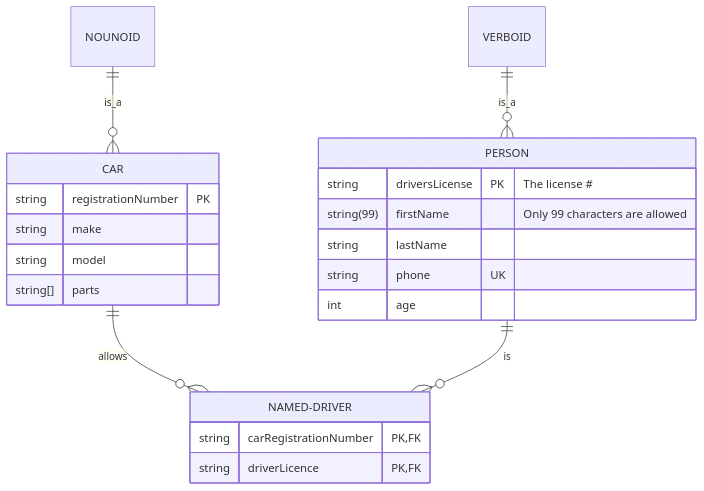
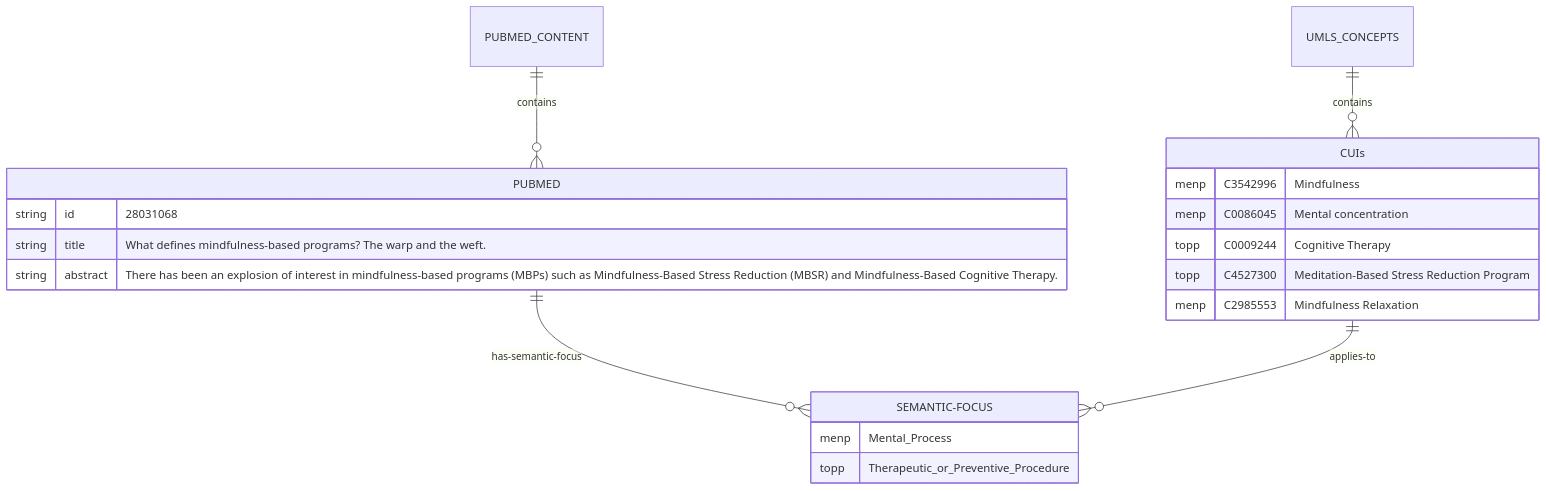
Before and after one commit to antfriend/factual.semantics: the second of 2 diagrams in README.md, drawn with Mermaid. The commit also changed other lines of this file, not shown here.

````diff
--- a/README.md
+++ b/README.md
@@ -15,25 +14,25 @@
 ```mermaid
 erDiagram
-    NOUNOID only one to zero or more CAR : is_a
-    VERBOID only one to zero or more PERSON : is_a
-    CAR ||--o{ NAMED-DRIVER : allows
-    CAR {
-        string registrationNumber PK
-        string make
-        string model
-        string[] parts
+    PUBMED_CONTENT only one to zero or more PUBMED : contains
+    UMLS_CONCEPTS only one to zero or more CUIs : contains
+    PUBMED ||--o{ SEMANTIC-FOCUS : has-semantic-focus
+    PUBMED {
+        string id "28031068"
+        string title "What defines mindfulness-based programs? The warp and the weft."
+        string abstract "There has been an explosion of interest in mindfulness-based programs (MBPs) such as Mindfulness-Based Stress Reduction (MBSR) and Mindfulness-Based Cognitive Therapy."
     }
-    PERSON ||--o{ NAMED-DRIVER : is
-    PERSON {
-        string driversLicense PK "The license #"
-        string(99) firstName "Only 99 characters are allowed"
-        string lastName
-        string phone UK
-        int age
+    CUIs ||--o{ SEMANTIC-FOCUS : applies-to
+    CUIs {
+        menp C3542996 "Mindfulness"
+        menp C0086045 "Mental concentration"
+        topp C0009244 "Cognitive Therapy" 
+        topp C4527300 "Meditation-Based Stress Reduction Program"
+        menp C2985553 "Mindfulness Relaxation"
+
     }
-    NAMED-DRIVER {
-        string carRegistrationNumber PK, FK
-        string driverLicence PK, FK
+    SEMANTIC-FOCUS {
+        menp Mental_Process 
+        topp Therapeutic_or_Preventive_Procedure
     }
 
 ```
````
